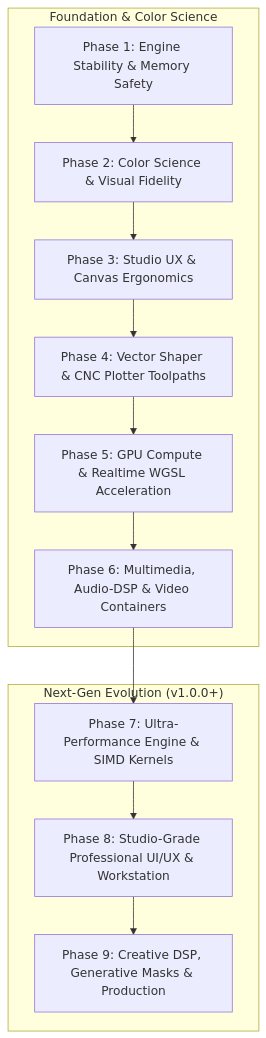
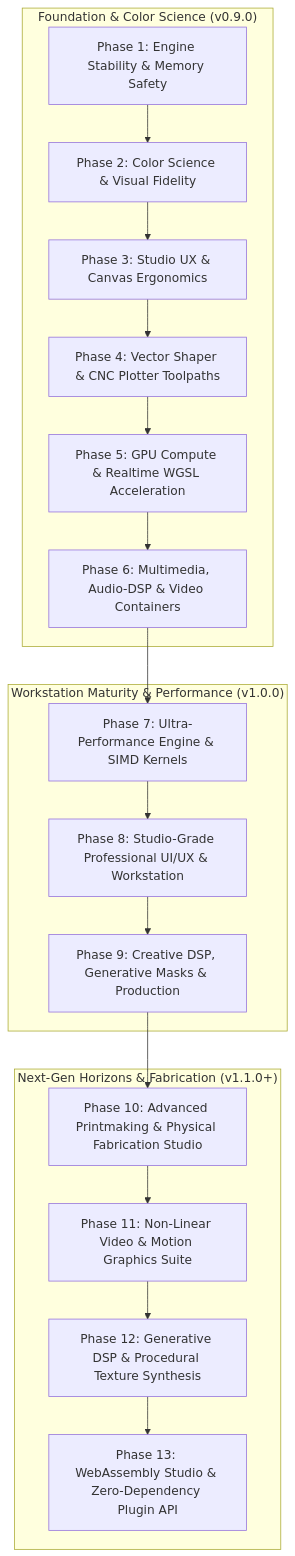
Before and after one commit to shahil-sk/dithercraft: the diagram in docs/roadmap.md, drawn with Mermaid. The commit also changed other lines of this file and 3 other files, not shown here.

First line of the commit message:
docs(roadmap): expand roadmap with phases 10-13 and advanced ergonomics

````diff
--- a/docs/roadmap.md
+++ b/docs/roadmap.md
@@ -14,16 +14,23 @@
 ```mermaid
 flowchart TD
-    subgraph CoreFoundations["Foundation & Color Science"]
+    subgraph CoreFoundations["Foundation & Color Science (v0.9.0)"]
         S1["Phase 1: Engine Stability & Memory Safety"] --> S2["Phase 2: Color Science & Visual Fidelity"]
         S2 --> S3["Phase 3: Studio UX & Canvas Ergonomics"]
         S3 --> S4["Phase 4: Vector Shaper & CNC Plotter Toolpaths"]
         S4 --> S5["Phase 5: GPU Compute & Realtime WGSL Acceleration"]
         S5 --> S6["Phase 6: Multimedia, Audio-DSP & Video Containers"]
     end
 
-    subgraph FutureEvolution["Next-Gen Evolution (v1.0.0+)"]
+    subgraph ActiveEvolution["Workstation Maturity & Performance (v1.0.0)"]
         S6 --> S7["Phase 7: Ultra-Performance Engine & SIMD Kernels"]
         S7 --> S8["Phase 8: Studio-Grade Professional UI/UX & Workstation"]
         S8 --> S9["Phase 9: Creative DSP, Generative Masks & Production"]
     end
+
+    subgraph HorizonExpansion["Next-Gen Horizons & Fabrication (v1.1.0+)"]
+        S9 --> S10["Phase 10: Advanced Printmaking & Physical Fabrication Studio"]
+        S10 --> S11["Phase 11: Non-Linear Video & Motion Graphics Suite"]
+        S11 --> S12["Phase 12: Generative DSP & Procedural Texture Synthesis"]
+        S12 --> S13["Phase 13: WebAssembly Studio & Zero-Dependency Plugin API"]
+    end
 ```
````
